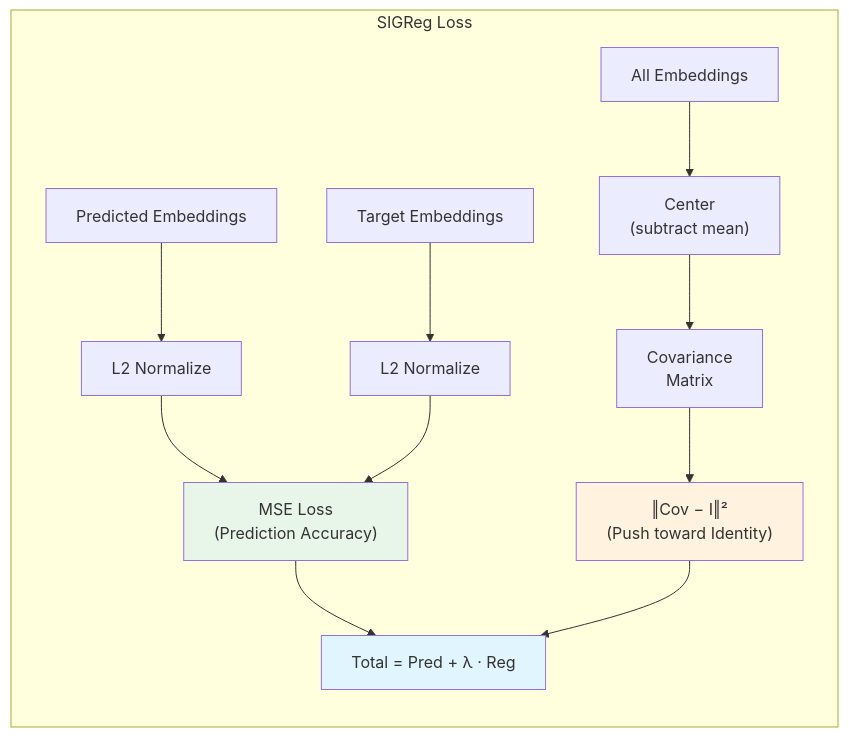
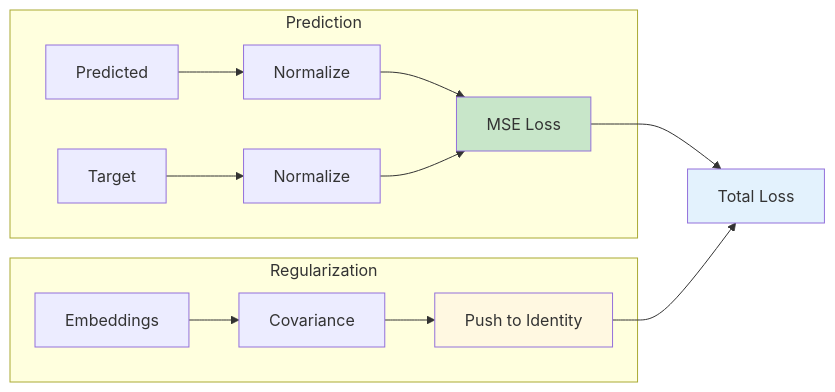
One commit to prthmmkhija1/MedJEPA changed the third of 5 diagrams in README.md. Above: the diagram before and after it, drawn with Mermaid. The commit also changed other lines of this file and 2 other files, not shown here.

````diff
--- a/README.md
+++ b/README.md
@@ -115,21 +83,21 @@
 ```mermaid
-flowchart TB
-    subgraph "SIGReg Loss"
-        direction TB
-        P["Predicted Embeddings"] --> N1["L2 Normalize"]
-        T["Target Embeddings"] --> N2["L2 Normalize"]
-        N1 --> MSE["MSE Loss\n(Prediction Accuracy)"]
+flowchart LR
+    subgraph Prediction
+        P[Predicted] --> N1[Normalize]
+        T[Target] --> N2[Normalize]
+        N1 --> MSE[MSE Loss]
         N2 --> MSE
-
-        A["All Embeddings"] --> C["Center\n(subtract mean)"]
-        C --> COV["Covariance\nMatrix"]
-        COV --> REG["‖Cov − I‖²\n(Push toward Identity)"]
-
-        MSE --> TOTAL["Total = Pred + λ · Reg"]
-        REG --> TOTAL
     end
 
-    style MSE fill:#e8f5e9
-    style REG fill:#fff3e0
-    style TOTAL fill:#e1f5fe
+    subgraph Regularization
+        E[Embeddings] --> COV[Covariance]
+        COV --> REG[Push to Identity]
+    end
+
+    MSE --> TOTAL[Total Loss]
+    REG --> TOTAL
+
+    style MSE fill:#c8e6c9
+    style REG fill:#fff8e1
+    style TOTAL fill:#e3f2fd
 ```
````
